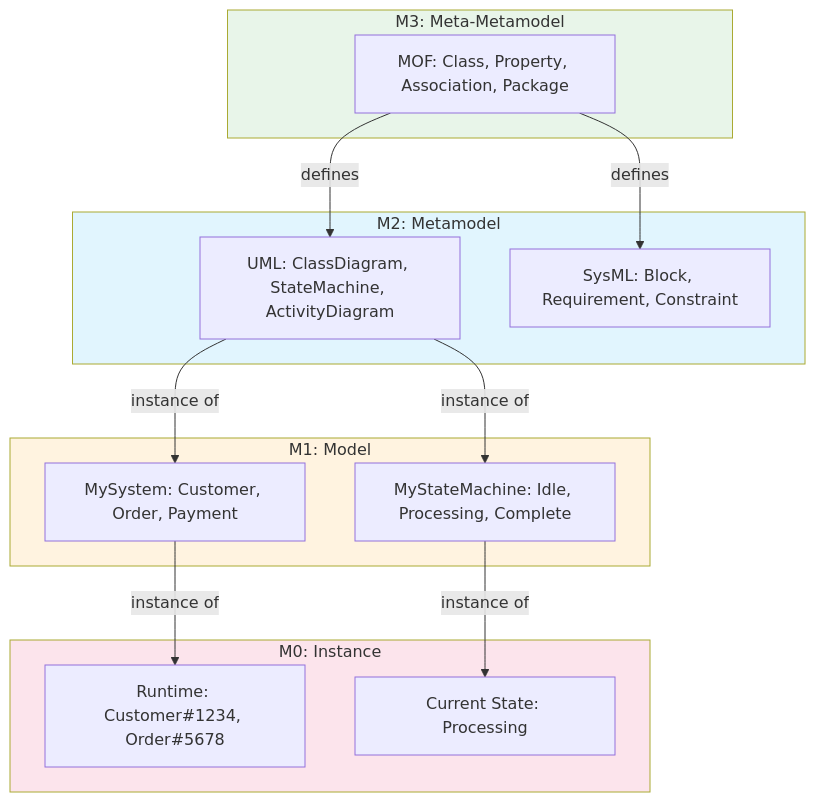
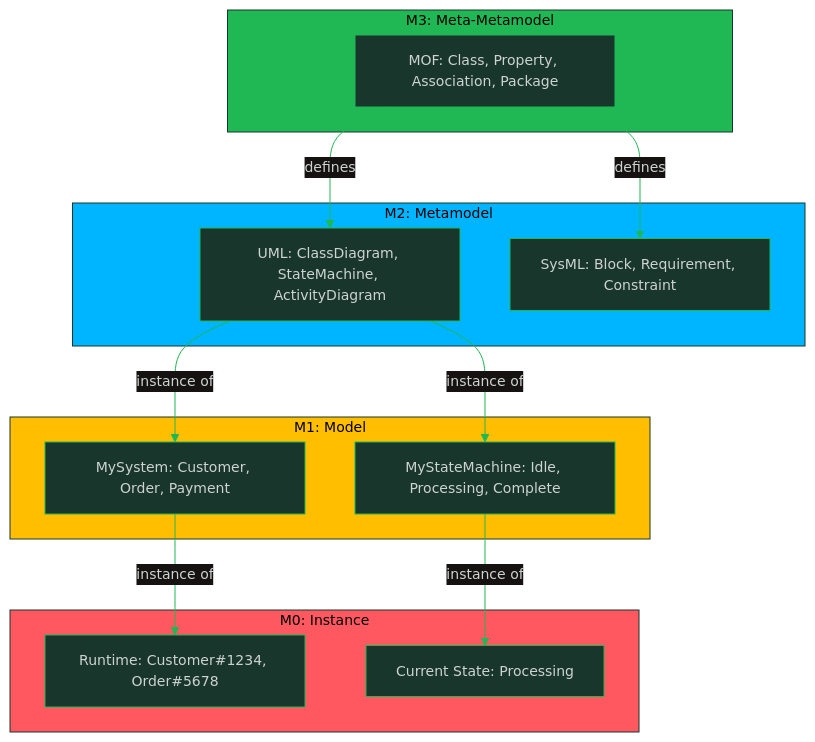
One commit to oat431/swe-knowledge changed the first of 4 diagrams in software-engineering-note/11_Software_Engineering_Models_and_Methods/10_Syntax_Semantics_and_Model_Analysis.md. Above: the diagram before and after it, drawn with Mermaid. The commit also changed other lines of this file and 28 other files, not shown here.

````diff
--- a/software-engineering-note/11_Software_Engineering_Models_and_Methods/10_Syntax_Semantics_and_Model_Analysis.md
+++ b/software-engineering-note/11_Software_Engineering_Models_and_Methods/10_Syntax_Semantics_and_Model_Analysis.md
@@ -165,33 +165,34 @@
 ```mermaid
+%%{init: {'theme':'base','themeVariables':{'primaryColor':'#19362D','primaryTextColor':'#CDD3D1','primaryBorderColor':'#1FB854','lineColor':'#1FB854','secondaryColor':'#161212','tertiaryColor':'#1B1717','background':'#1B1717','mainBkg':'#19362D','nodeBorder':'#1FB854','clusterBkg':'#161212','clusterBorder':'#19362D','titleColor':'#1FB854','edgeLabelBackground':'#161212','fontSize':'14px'}}}%%
 graph TD
     subgraph M3["M3: Meta-Metamodel"]
         M3A["MOF: Class, Property, Association, Package"]
     end
     
     subgraph M2["M2: Metamodel"]
         M2A["UML: ClassDiagram, StateMachine, ActivityDiagram"]
         M2B["SysML: Block, Requirement, Constraint"]
     end
     
     subgraph M1["M1: Model"]
         M1A["MySystem: Customer, Order, Payment"]
         M1B["MyStateMachine: Idle, Processing, Complete"]
     end
     
     subgraph M0["M0: Instance"]
         M0A["Runtime: Customer#1234, Order#5678"]
         M0B["Current State: Processing"]
     end
     
     M3A -->|defines| M2A
     M3A -->|defines| M2B
     M2A -->|instance of| M1A
     M2A -->|instance of| M1B
     M1A -->|instance of| M0A
     M1B -->|instance of| M0B
     
-    style M3 fill:#e8f5e9
-    style M2 fill:#e1f5fe
-    style M1 fill:#fff3e0
-    style M0 fill:#fce4ec
+    style M3 fill:#1FB854,color:#000000
+    style M2 fill:#00B5FF,color:#000000
+    style M1 fill:#FFBE00,color:#000000
+    style M0 fill:#FF5861,color:#000000
 ```
````
